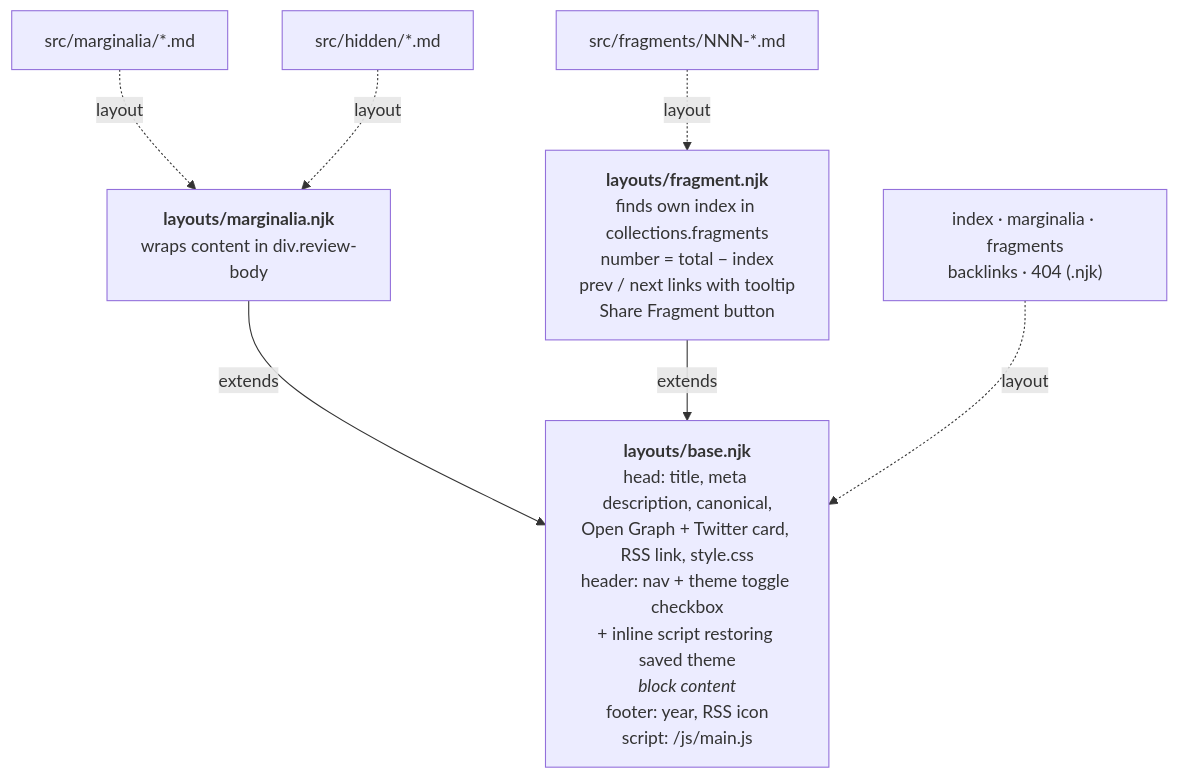
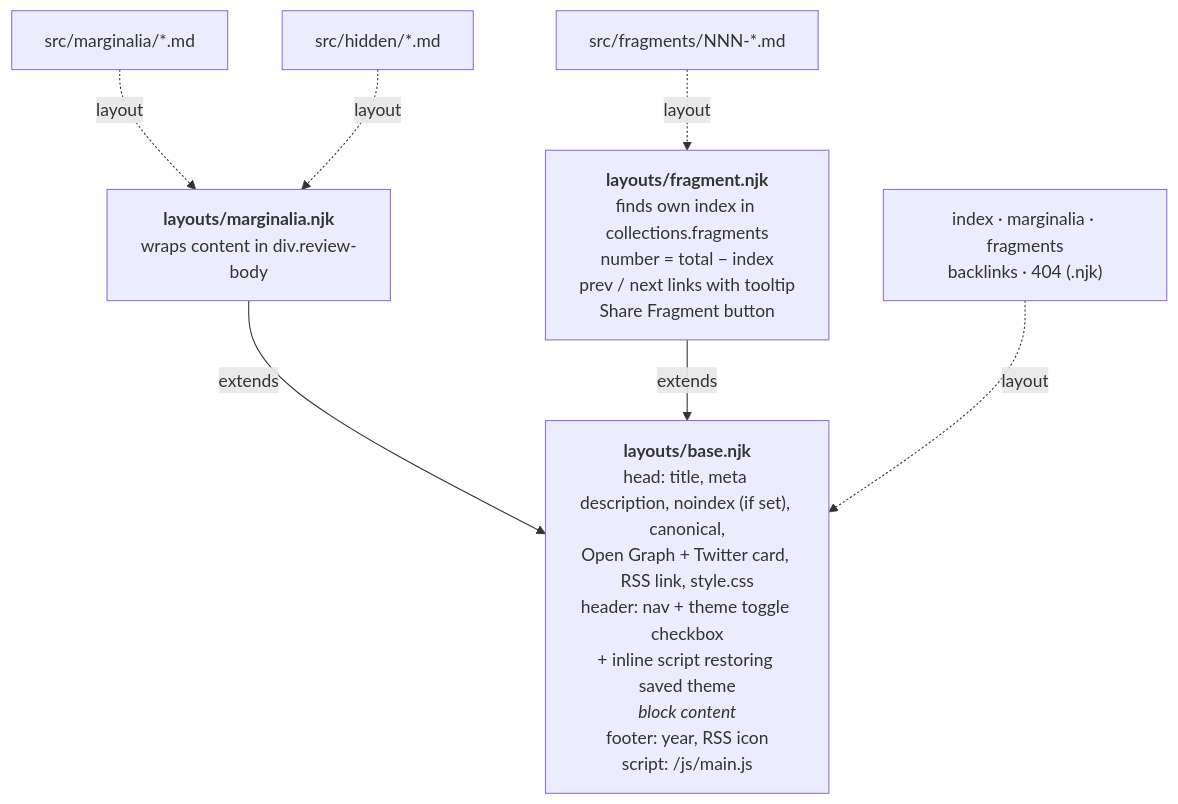
One commit to raoul-g/raoulyy-blog changed the fifth of 9 diagrams in ARCHITECTURE.md. Above: the diagram before and after it, drawn with Mermaid. The commit also changed other lines of this file and 4 other files, not shown here.

````diff
--- a/ARCHITECTURE.md
+++ b/ARCHITECTURE.md
@@ -161,14 +161,14 @@
 ```mermaid
 flowchart TB
-    BASE["<b>layouts/base.njk</b><br/>head: title, meta description, canonical,<br/>Open Graph + Twitter card, RSS link, style.css<br/>header: nav + theme toggle checkbox<br/>+ inline script restoring saved theme<br/><i>block content</i><br/>footer: year, RSS icon<br/>script: /js/main.js"]
+    BASE["<b>layouts/base.njk</b><br/>head: title, meta description, noindex (if set), canonical,<br/>Open Graph + Twitter card, RSS link, style.css<br/>header: nav + theme toggle checkbox<br/>+ inline script restoring saved theme<br/><i>block content</i><br/>footer: year, RSS icon<br/>script: /js/main.js"]
     MARG["<b>layouts/marginalia.njk</b><br/>wraps content in div.review-body"]
     FRAG["<b>layouts/fragment.njk</b><br/>finds own index in collections.fragments<br/>number = total − index<br/>prev / next links with tooltip<br/>Share Fragment button"]
 
     MARG -- extends --> BASE
     FRAG -- extends --> BASE
 
     MP["src/marginalia/*.md"] -. layout .-> MARG
     HP["src/hidden/*.md"] -. layout .-> MARG
     FP["src/fragments/NNN-*.md"] -. layout .-> FRAG
     PAGES["index · marginalia · fragments<br/>backlinks · 404 (.njk)"] -. layout .-> BASE
 ```
````
